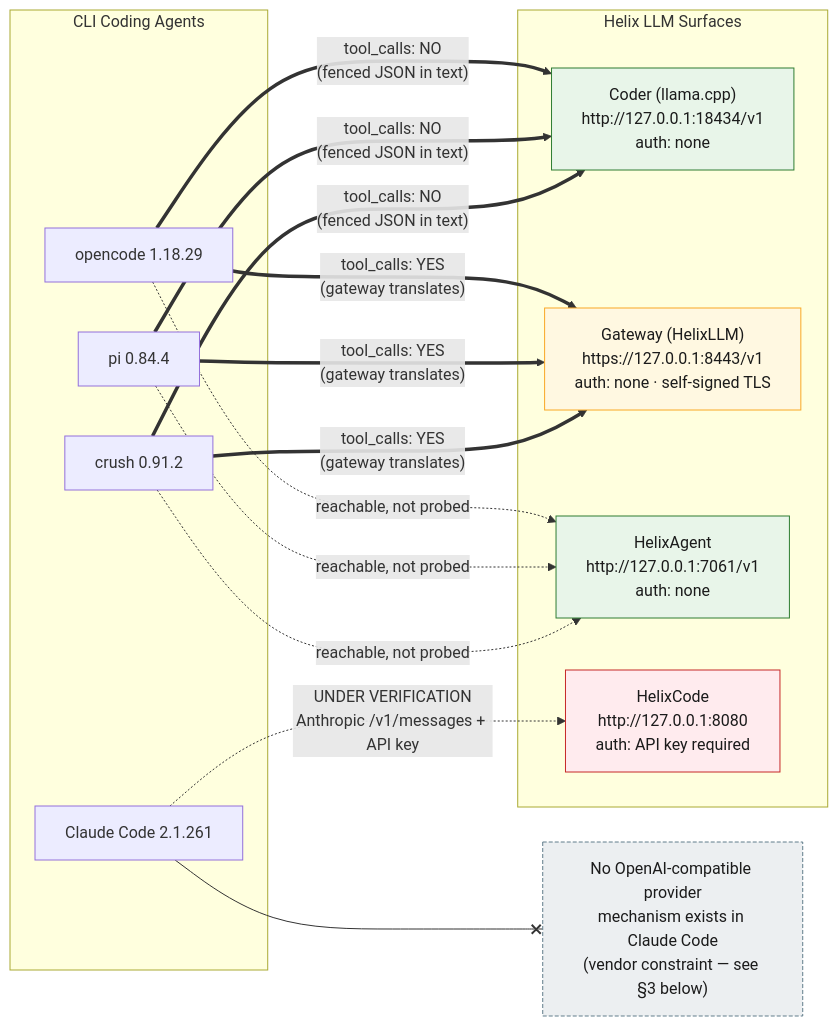
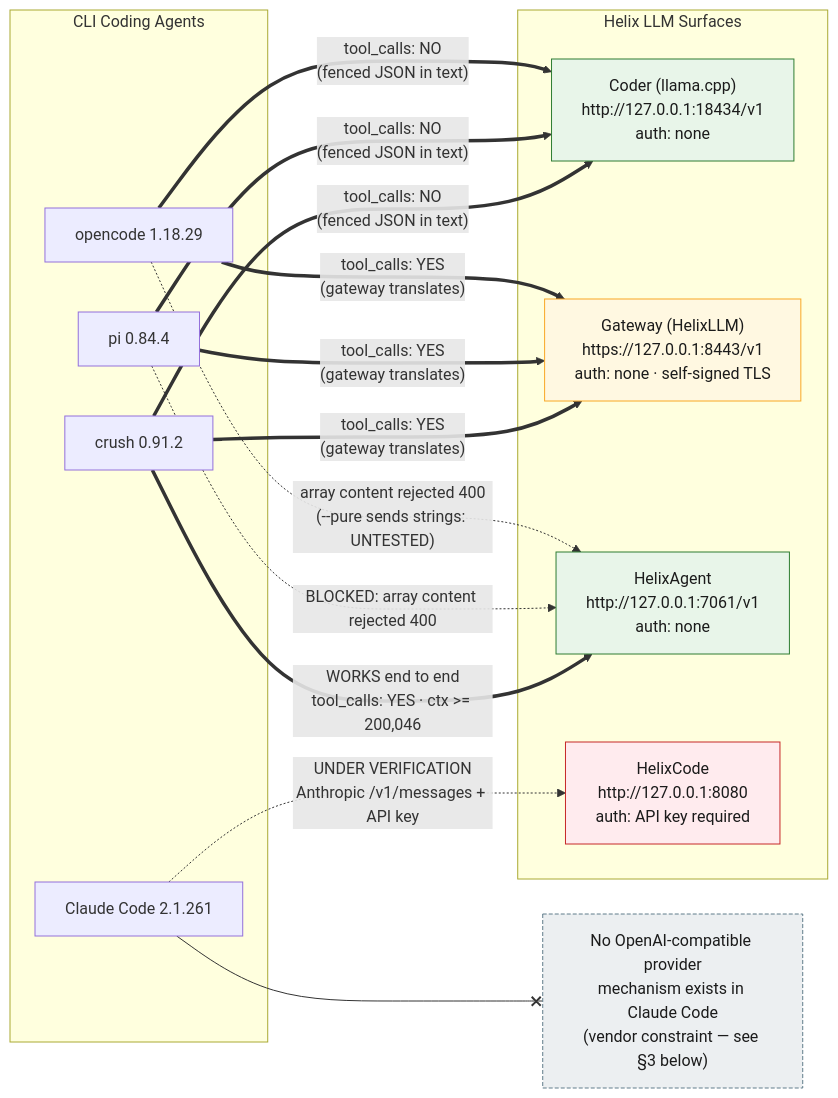
One commit to HelixDevelopment/code changed the diagram in docs/guides/cli_agent_integration/ARCHITECTURE.md. Above: the diagram before and after it, drawn with Mermaid. The commit also changed other lines of this file and 15 other files, not shown here.

````diff
--- a/docs/guides/cli_agent_integration/ARCHITECTURE.md
+++ b/docs/guides/cli_agent_integration/ARCHITECTURE.md
@@ -38,42 +38,42 @@
 ```mermaid
 graph LR
   subgraph AGENTS["CLI Coding Agents"]
     OC["opencode 1.18.29"]
     PI["pi 0.84.4"]
     CR["crush 0.91.2"]
     CC["Claude Code 2.1.261"]
   end
 
   subgraph SURFACES["Helix LLM Surfaces"]
     CODER["Coder (llama.cpp)<br/>http://127.0.0.1:18434/v1<br/>auth: none"]
     GW["Gateway (HelixLLM)<br/>https://127.0.0.1:8443/v1<br/>auth: none · self-signed TLS"]
     HA["HelixAgent<br/>http://127.0.0.1:7061/v1<br/>auth: none"]
     HC["HelixCode<br/>http://127.0.0.1:8080<br/>auth: API key required"]
   end
 
   OC ==>|"tool_calls: NO<br/>(fenced JSON in text)"| CODER
   PI ==>|"tool_calls: NO<br/>(fenced JSON in text)"| CODER
   CR ==>|"tool_calls: NO<br/>(fenced JSON in text)"| CODER
 
   OC ==>|"tool_calls: YES<br/>(gateway translates)"| GW
   PI ==>|"tool_calls: YES<br/>(gateway translates)"| GW
   CR ==>|"tool_calls: YES<br/>(gateway translates)"| GW
 
-  OC -.->|"reachable, not probed"| HA
-  PI -.->|"reachable, not probed"| HA
-  CR -.->|"reachable, not probed"| HA
+  OC -.->|"array content rejected 400<br/>(--pure sends strings: UNTESTED)"| HA
+  PI -.->|"BLOCKED: array content rejected 400"| HA
+  CR ==>|"WORKS end to end<br/>tool_calls: YES · ctx >= 200,046"| HA
 
   CC -.->|"UNDER VERIFICATION<br/>Anthropic /v1/messages + API key"| HC
 
   CC --x NOTE["No OpenAI-compatible provider<br/>mechanism exists in Claude Code<br/>(vendor constraint — see §3 below)"]
 
   classDef noauth fill:#e8f5e9,stroke:#2e7d32,color:#1b1b1b;
   classDef tlsauth fill:#fff8e1,stroke:#f9a825,color:#1b1b1b;
   classDef keyauth fill:#ffebee,stroke:#c62828,color:#1b1b1b;
   classDef note fill:#eceff1,stroke:#607d8b,color:#1b1b1b,stroke-dasharray: 4 2;
 
   class CODER,HA noauth;
   class GW tlsauth;
   class HC keyauth;
   class NOTE note;
 ```
````
